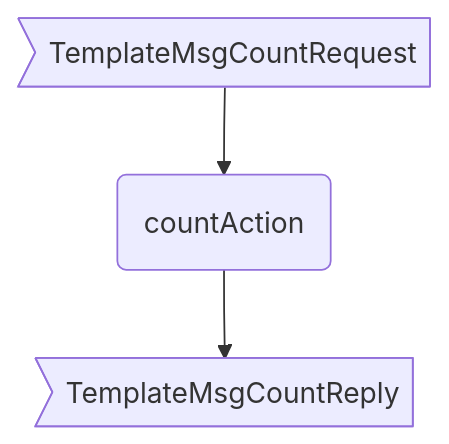
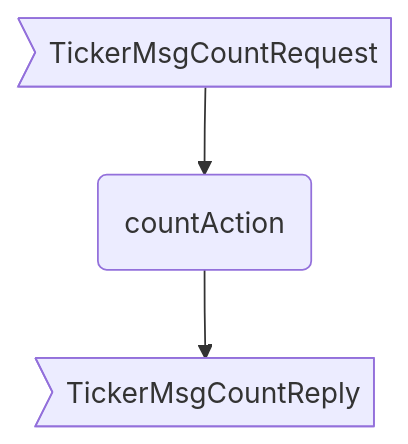
The second of 2 diagrams in docs/arch/node/engines/ticker_behaviour.juvix.md (anoma/nspec), drawn with Mermaid before and after one commit. The commit also changed other lines of this file and 1 other file, not shown here.

Commit message:
ticker behaviour

````diff
--- a/docs/arch/node/engines/ticker_behaviour.juvix.md
+++ b/docs/arch/node/engines/ticker_behaviour.juvix.md
@@ -206,8 +222,8 @@
 ```mermaid
 flowchart TD
-  CM>TemplateMsgCountRequest]
+  CM>TickerMsgCountRequest]
   A(countAction)
-  EM>TemplateMsgCountReply]
+  EM>TickerMsgCountReply]
 
   CM --> A --> EM
 ```
````
